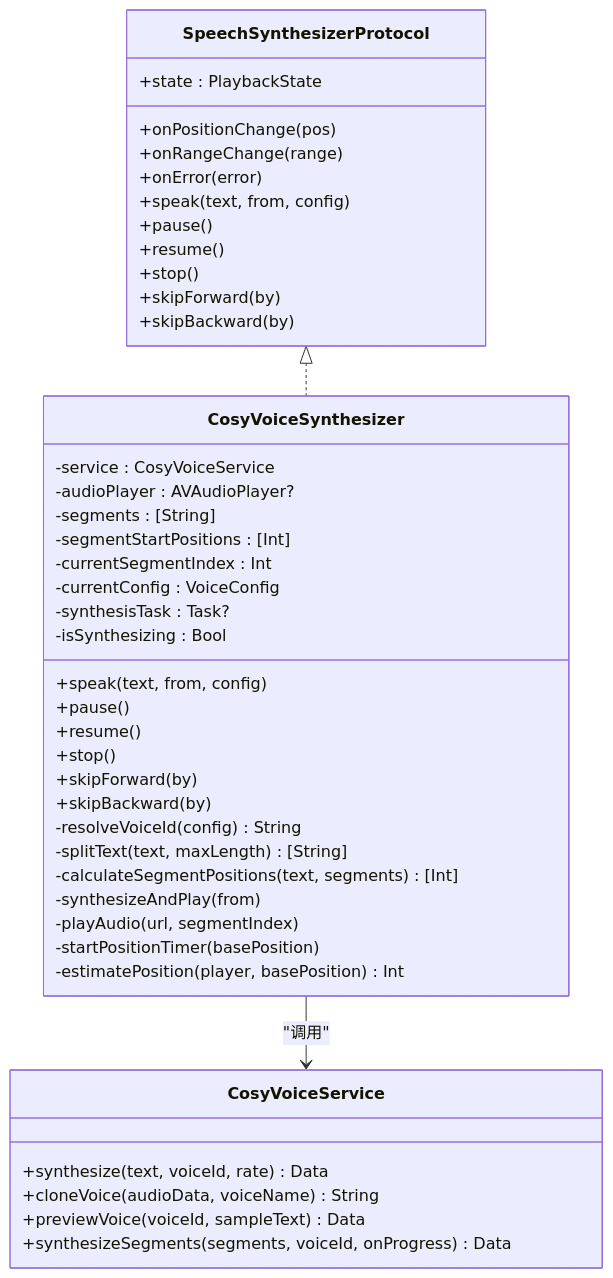
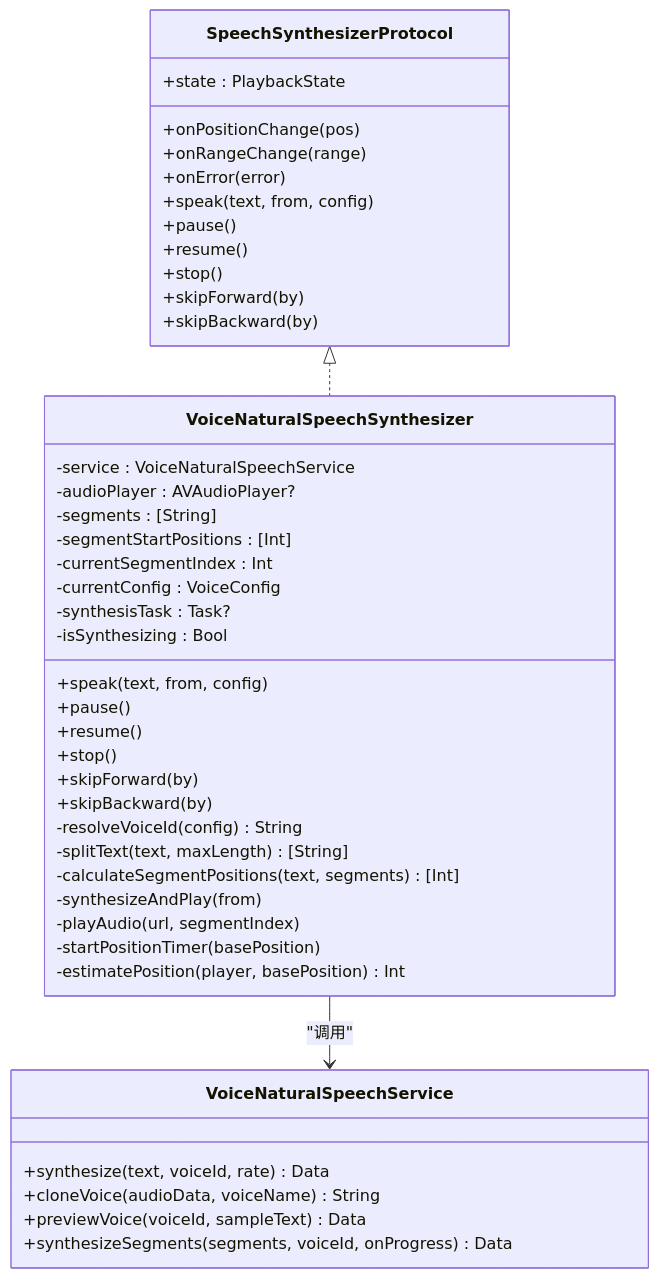
The fourth of 5 diagrams in .qoder/repowiki/zh/content/架构设计/服务层设计/AI 语音合成服务.md (Primoguo/Knowledge), drawn with Mermaid before and after one commit. The commit also changed other lines of this file and 23 other files, not shown here.

Commit message:
refactor: remove CosyVoice TTS engine, keep Edge TTS + system TTS only

````diff
--- a/.qoder/repowiki/zh/content/架构设计/服务层设计/AI 语音合成服务.md
+++ b/.qoder/repowiki/zh/content/架构设计/服务层设计/AI 语音合成服务.md
@@ -224,46 +235,46 @@
 ```mermaid
 classDiagram
 class SpeechSynthesizerProtocol {
 +state : PlaybackState
 +onPositionChange(pos)
 +onRangeChange(range)
 +onError(error)
 +speak(text, from, config)
 +pause()
 +resume()
 +stop()
 +skipForward(by)
 +skipBackward(by)
 }
-class CosyVoiceSynthesizer {
--service : CosyVoiceService
+class VoiceNaturalSpeechSynthesizer {
+-service : VoiceNaturalSpeechService
 -audioPlayer : AVAudioPlayer?
 -segments : [String]
 -segmentStartPositions : [Int]
 -currentSegmentIndex : Int
 -currentConfig : VoiceConfig
 -synthesisTask : Task<Void, Never>?
 -isSynthesizing : Bool
 +speak(text, from, config)
 +pause()
 +resume()
 +stop()
 +skipForward(by)
 +skipBackward(by)
 -resolveVoiceId(config) String
 -splitText(text, maxLength) [String]
 -calculateSegmentPositions(text, segments) [Int]
 -synthesizeAndPlay(from)
 -playAudio(url, segmentIndex)
 -startPositionTimer(basePosition)
 -estimatePosition(player, basePosition) Int
 }
-class CosyVoiceService {
+class VoiceNaturalSpeechService {
 +synthesize(text, voiceId, rate) Data
 +cloneVoice(audioData, voiceName) String
 +previewVoice(voiceId, sampleText) Data
 +synthesizeSegments(segments, voiceId, onProgress) Data
 }
-SpeechSynthesizerProtocol <|.. CosyVoiceSynthesizer
-CosyVoiceSynthesizer --> CosyVoiceService : "调用"
+SpeechSynthesizerProtocol <|.. VoiceNaturalSpeechSynthesizer
+VoiceNaturalSpeechSynthesizer --> VoiceNaturalSpeechService : "调用"
 ```
````
